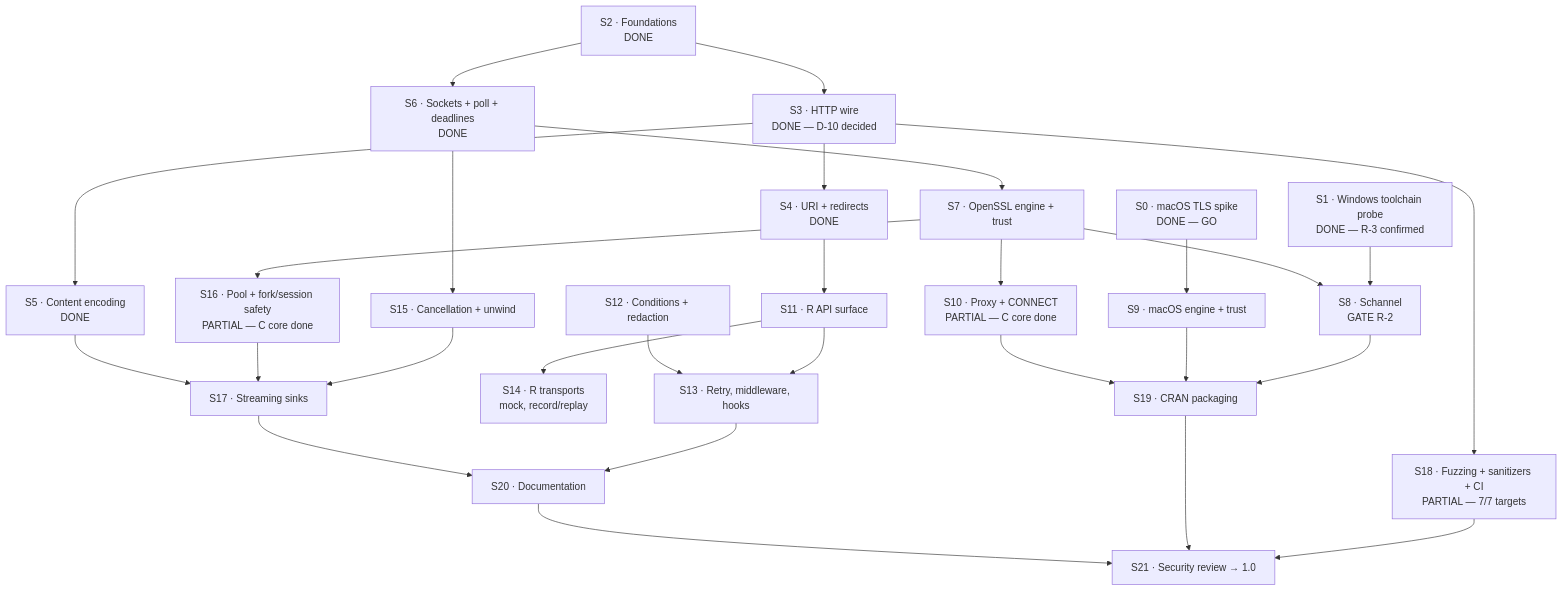
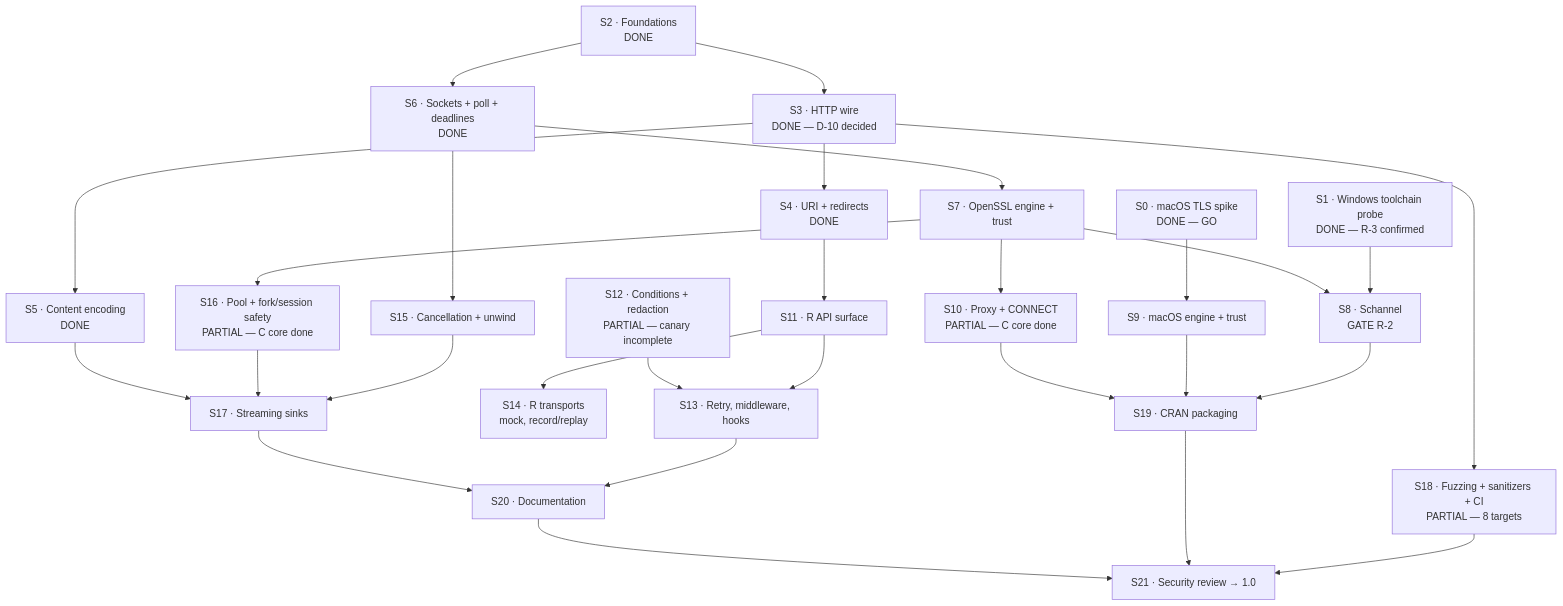
One commit to pedrobtz/zuhttp changed the diagram in roadmap.md. Above: the diagram before and after it, drawn with Mermaid. The commit also changed other lines of this file and 41 other files, not shown here.

````diff
--- a/roadmap.md
+++ b/roadmap.md
@@ -28,58 +28,58 @@
 ```mermaid
 graph TD
     S0["S0 · macOS TLS spike<br/>DONE — GO"]
     S1["S1 · Windows toolchain probe<br/>DONE — R-3 confirmed"]
 
     S2["S2 · Foundations<br/>DONE"]
     S3["S3 · HTTP wire<br/>DONE — D-10 decided"]
     S4["S4 · URI + redirects<br/>DONE"]
     S5["S5 · Content encoding<br/>DONE"]
 
     S6["S6 · Sockets + poll + deadlines<br/>DONE"]
     S7["S7 · OpenSSL engine + trust"]
     S8["S8 · Schannel<br/>GATE R-2"]
     S9["S9 · macOS engine + trust"]
     S10["S10 · Proxy + CONNECT<br/>PARTIAL — C core done"]
 
     S11["S11 · R API surface"]
-    S12["S12 · Conditions + redaction"]
+    S12["S12 · Conditions + redaction<br/>PARTIAL — canary incomplete"]
     S13["S13 · Retry, middleware, hooks"]
     S14["S14 · R transports<br/>mock, record/replay"]
 
     S15["S15 · Cancellation + unwind"]
     S16["S16 · Pool + fork/session safety<br/>PARTIAL — C core done"]
     S17["S17 · Streaming sinks"]
 
-    S18["S18 · Fuzzing + sanitizers + CI<br/>PARTIAL — 7/7 targets"]
+    S18["S18 · Fuzzing + sanitizers + CI<br/>PARTIAL — 8 targets"]
     S19["S19 · CRAN packaging"]
     S20["S20 · Documentation"]
     S21["S21 · Security review → 1.0"]
 
     S0 --> S9
     S1 --> S8
     S2 --> S3
     S2 --> S6
     S3 --> S4
     S3 --> S5
     S3 --> S18
     S6 --> S7
     S6 --> S15
     S7 --> S8
     S7 --> S10
     S7 --> S16
     S8 --> S19
     S9 --> S19
     S4 --> S11
     S11 --> S13
     S12 --> S13
     S11 --> S14
     S15 --> S17
     S16 --> S17
     S13 --> S20
     S17 --> S20
     S18 --> S21
     S19 --> S21
     S20 --> S21
     S10 --> S19
     S5 --> S17
 ```
````
